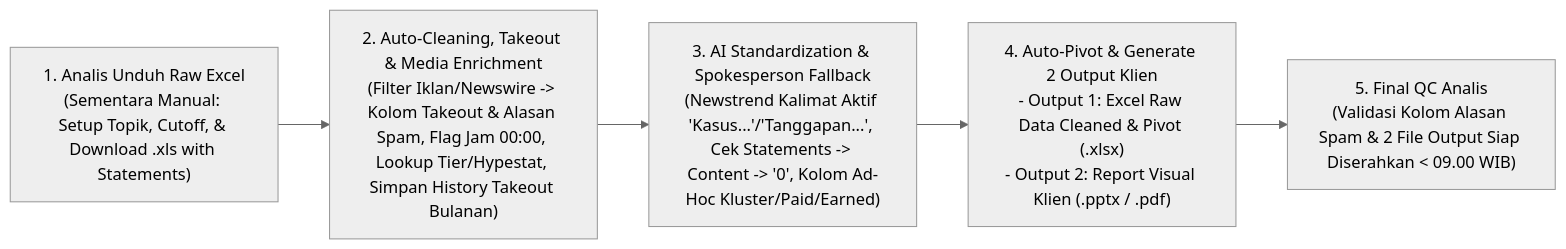
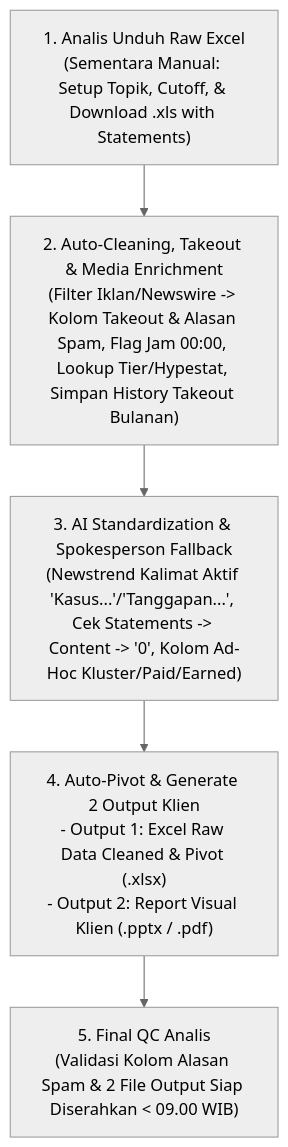
Before and after one commit to Rambu464/automation-report: the second of 2 diagrams in docs/phase-1-requirements/BRD.md, drawn with Mermaid (neutral theme).

Commit message:
docs(brd): change To-Be workflow flowchart direction to top-down (TD)

````diff
--- a/docs/phase-1-requirements/BRD.md
+++ b/docs/phase-1-requirements/BRD.md
@@ -106,7 +106,7 @@
 ```mermaid
-flowchart LR
+flowchart TD
     M1["1. Analis Unduh Raw Excel<br/>(Sementara Manual: Setup Topik, Cutoff, & Download .xls with Statements)"] --> A1["2. Auto-Cleaning, Takeout & Media Enrichment<br/>(Filter Iklan/Newswire -> Kolom Takeout & Alasan Spam, Flag Jam 00:00, Lookup Tier/Hypestat, Simpan History Takeout Bulanan)"]
     A1 --> A2["3. AI Standardization & Spokesperson Fallback<br/>(Newstrend Kalimat Aktif 'Kasus...'/'Tanggapan...', Cek Statements -> Content -> '0', Kolom Ad-Hoc Kluster/Paid/Earned)"]
     A2 --> A3["4. Auto-Pivot & Generate 2 Output Klien<br/>- Output 1: Excel Raw Data Cleaned & Pivot (.xlsx)<br/>- Output 2: Report Visual Klien (.pptx / .pdf)"]
     A3 --> M2["5. Final QC Analis<br/>(Validasi Kolom Alasan Spam & 2 File Output Siap Diserahkan < 09.00 WIB)"]
 ```
````
